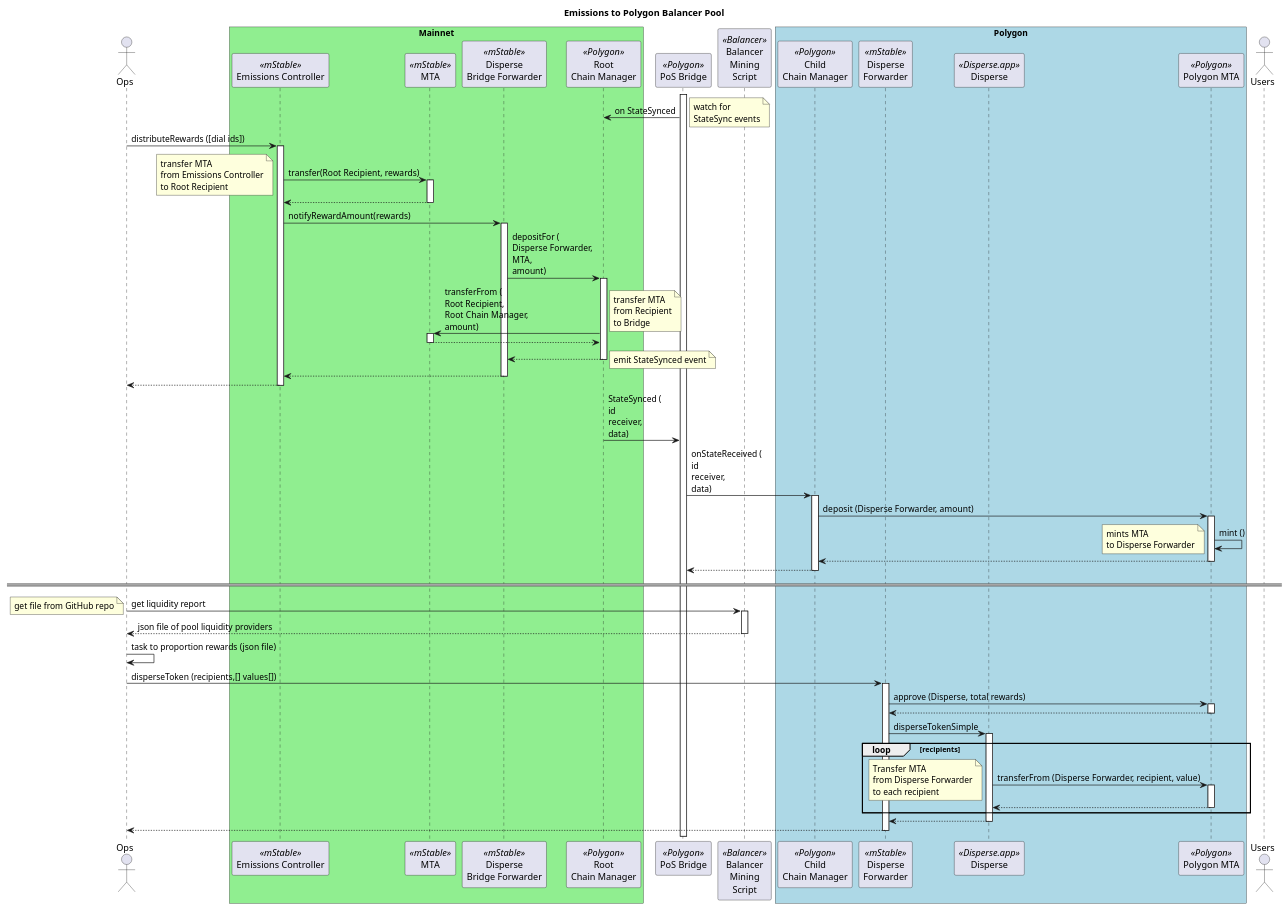
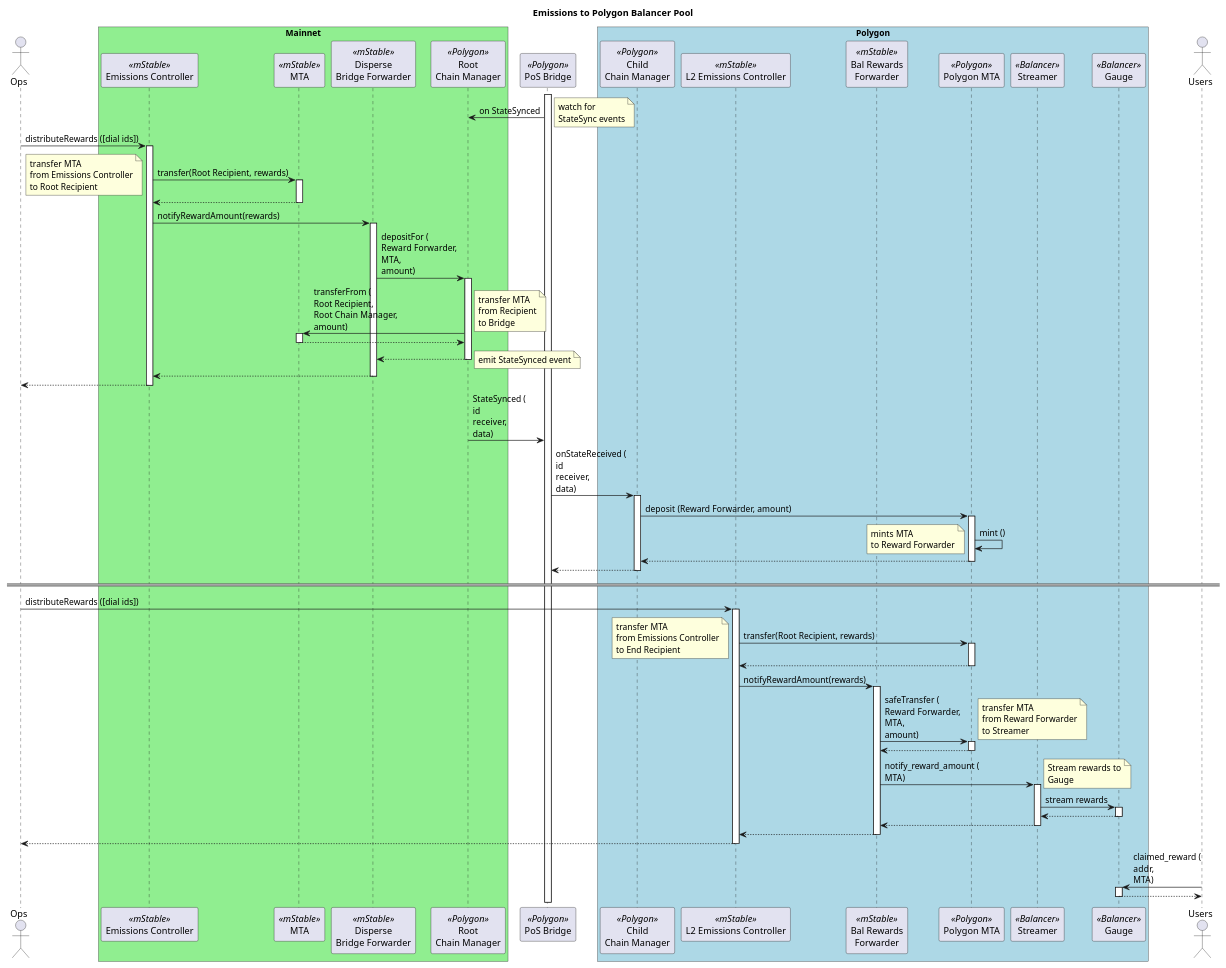
Before and after one commit to mstable/mStable-process-docs: the diagram in emissions/polygonBridge_balancer.puml, drawn with PlantUML. The commit also changed 1 other file, not shown here.

Commit message:
chore: updates polygon bridge balancer flow

```diff
--- a/emissions/polygonBridge_balancer.puml
+++ b/emissions/polygonBridge_balancer.puml
@@ -1,86 +1,91 @@
 @startuml
 
 title "Emissions to Polygon Balancer Pool"
 
 actor Ops as ops
 
 box "Mainnet" #LightGreen
 participant "Emissions Controller" as ec <<mStable>>
 participant "MTA" as mta <<mStable>>
 participant "Disperse\nBridge Forwarder" as bf <<mStable>>
 participant "Root\nChain Manager" as rcm <<Polygon>>
 end box
 
 participant "PoS Bridge" as b <<Polygon>>
 
-participant "Balancer\nMining\nScript" as bms <<Balancer>>
 
 box "Polygon" #LightBlue
 participant "Child\nChain Manager" as ccm <<Polygon>>
-participant "Disperse\nForwarder" as df <<mStable>>
-participant "Disperse" as d <<Disperse.app>>
+participant "L2 Emissions Controller" as pec <<mStable>>
+participant "Bal Rewards\nForwarder" as df <<mStable>>
 participant "Polygon MTA" as pmta <<Polygon>>
+participant "Streamer" as s <<Balancer>>
+participant "Gauge" as bg <<Balancer>>
 end box
 
 actor Users as user
 
 activate b
 b -> rcm : on StateSynced
 note right : watch for\nStateSync events
 
 ops -> ec : distributeRewards ([dial ids])
 activate ec
 ec -> mta: transfer(Root Recipient, rewards)
 activate mta
 note left: transfer MTA\nfrom Emissions Controller\nto Root Recipient
 return
 ec -> bf: notifyRewardAmount(rewards)
 activate bf
-bf -> rcm : depositFor (\nDisperse Forwarder,\nMTA,\namount)
+bf -> rcm : depositFor (\nReward Forwarder,\nMTA,\namount)
 activate rcm
 rcm -> mta : transferFrom (\nRoot Recipient,\nRoot Chain Manager,\namount)
 note right : transfer MTA\nfrom Recipient\nto Bridge
 activate mta
 return
 return
 note right : emit StateSynced event
 return
 return
 
 rcm -> b : StateSynced (\nid\nreceiver,\ndata)
 b -> ccm : onStateReceived (\nid\nreceiver,\ndata)
 activate ccm
-ccm -> pmta : deposit (Disperse Forwarder, amount)
+ccm -> pmta : deposit (Reward Forwarder, amount)
 activate pmta
 pmta -> pmta : mint ()
-note left : mints MTA\nto Disperse Forwarder
+note left : mints MTA\nto Reward Forwarder
 return
 return
 
 ====
 
-ops -> bms : get liquidity report
-activate bms
-note left: get file from GitHub repo
-return json file of pool liquidity providers
+ops -> pec : distributeRewards ([dial ids])
+activate pec
+pec -> pmta: transfer(Root Recipient, rewards)
+activate pmta
+note left: transfer MTA\nfrom Emissions Controller\nto End Recipient
+return
+pec -> df: notifyRewardAmount(rewards)
+activate df
+df -> pmta : safeTransfer (\nReward Forwarder,\nMTA,\namount)
+activate pmta
+note right : transfer MTA\nfrom Reward Forwarder\nto Streamer
+return
+df -> s : notify_reward_amount (\nMTA)
+activate s
+note right : Stream rewards to\nGauge
+s -> bg : stream rewards
+activate bg
+return
+return
+return
 
-ops -> ops : task to proportion rewards (json file)
+return
 
-ops -> df : disperseToken (recipients,[] values[])
-activate df
-df -> pmta : approve (Disperse, total rewards)
-activate pmta
-return
-df -> d : disperseTokenSimple
-activate d
-loop recipients 
-d -> pmta : transferFrom (Disperse Forwarder, recipient, value)
-activate pmta
-note left: Transfer MTA\nfrom Disperse Forwarder\nto each recipient
-return
-end
-return
+user -> bg : claimed_reward (\naddr,\nMTA)
+activate bg
 return
 
 
 @enduml
```
